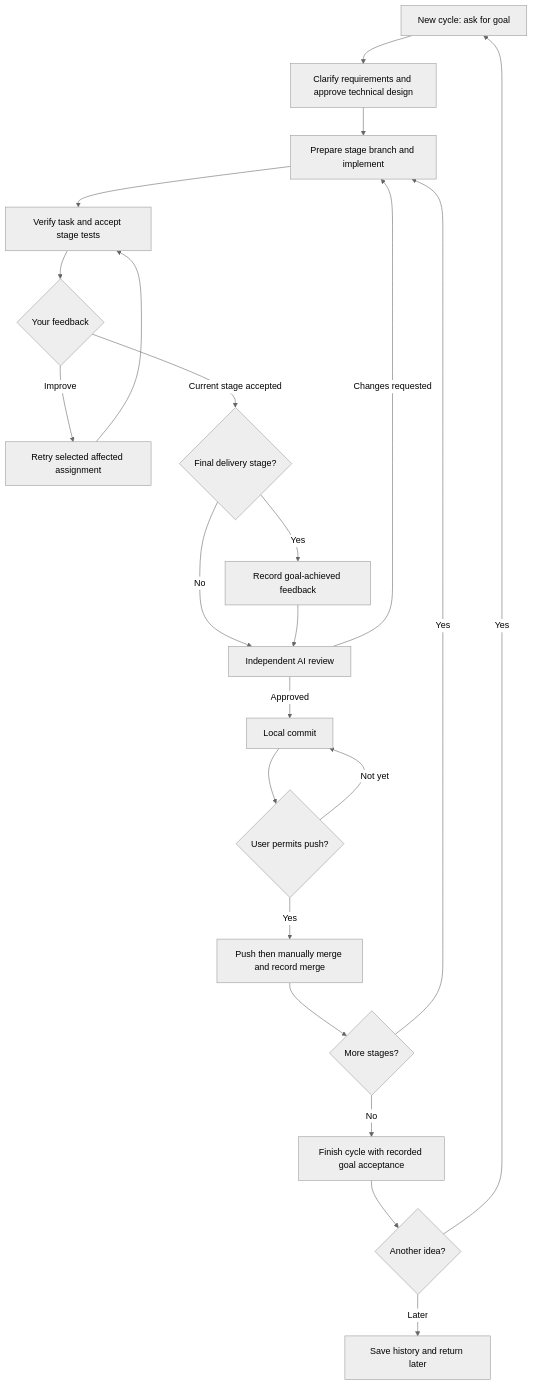
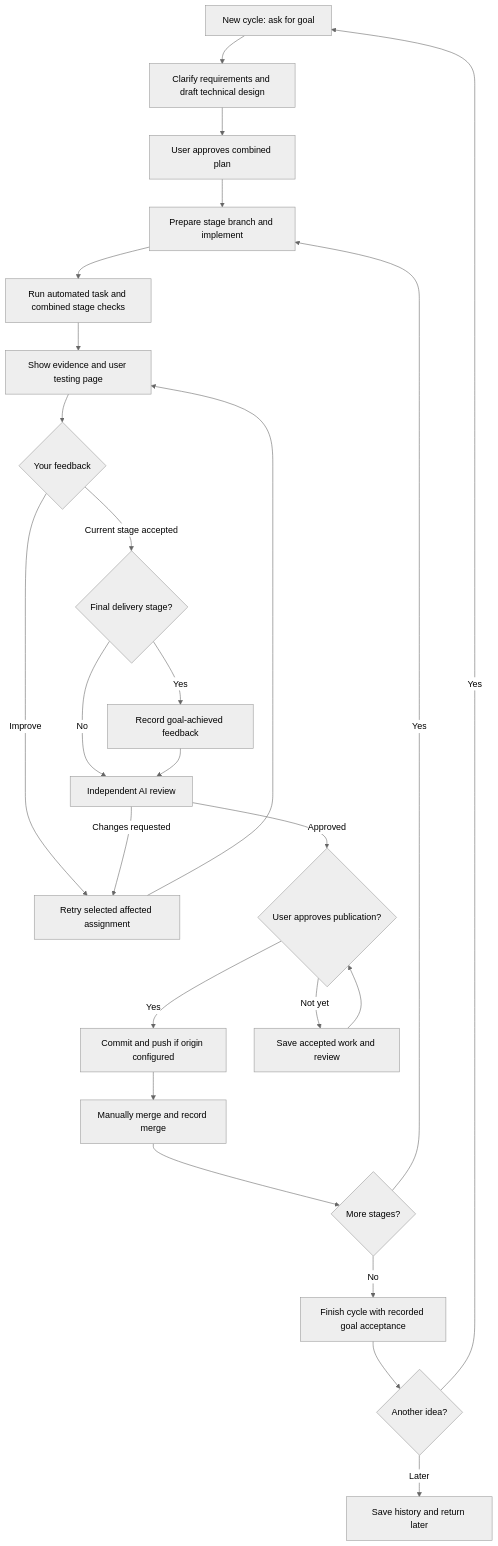
Before and after one commit to davidyao4344314/codex-project-orchestrator: the first of 2 diagrams in README.md, drawn with Mermaid (neutral theme). The commit also changed other lines of this file, not shown here.

````diff
--- a/README.md
+++ b/README.md
@@ -294,24 +296,27 @@
 ```mermaid
 flowchart TD
-    Idea[New cycle: ask for goal] --> Plan[Clarify requirements and approve technical design]
-    Plan --> Stage[Prepare stage branch and implement]
-    Stage --> Tests[Verify task and accept stage tests]
+    Idea[New cycle: ask for goal] --> Plan[Clarify requirements and draft technical design]
+    Plan --> Approval[User approves combined plan]
+    Approval --> Stage[Prepare stage branch and implement]
+    Stage --> Automated[Run automated task and combined stage checks]
+    Automated --> Tests[Show evidence and user testing page]
     Tests --> FeedbackChoice{Your feedback}
     FeedbackChoice -->|Improve| Target[Retry selected affected assignment]
     Target --> Tests
     FeedbackChoice -->|Current stage accepted| Final{Final delivery stage?}
     Final -->|No| Review[Independent AI review]
     Final -->|Yes| Goal[Record goal-achieved feedback]
     Goal --> Review
-    Review -->|Changes requested| Stage
-    Review -->|Approved| Commit[Local commit]
-    Commit --> Permission{User permits push?}
-    Permission -->|Yes| Merge[Push then manually merge and record merge]
-    Permission -->|Not yet| Commit
+    Review -->|Changes requested| Target
+    Review -->|Approved| Permission{User approves publication?}
+    Permission -->|Yes| Commit[Commit and push if origin configured]
+    Permission -->|Not yet| PauseReview[Save accepted work and review]
+    PauseReview --> Permission
+    Commit --> Merge[Manually merge and record merge]
     Merge --> More{More stages?}
     More -->|Yes| Stage
     More -->|No| Feedback[Finish cycle with recorded goal acceptance]
     Feedback --> Again{Another idea?}
     Again -->|Yes| Idea
     Again -->|Later| Pause[Save history and return later]
 ```
````
